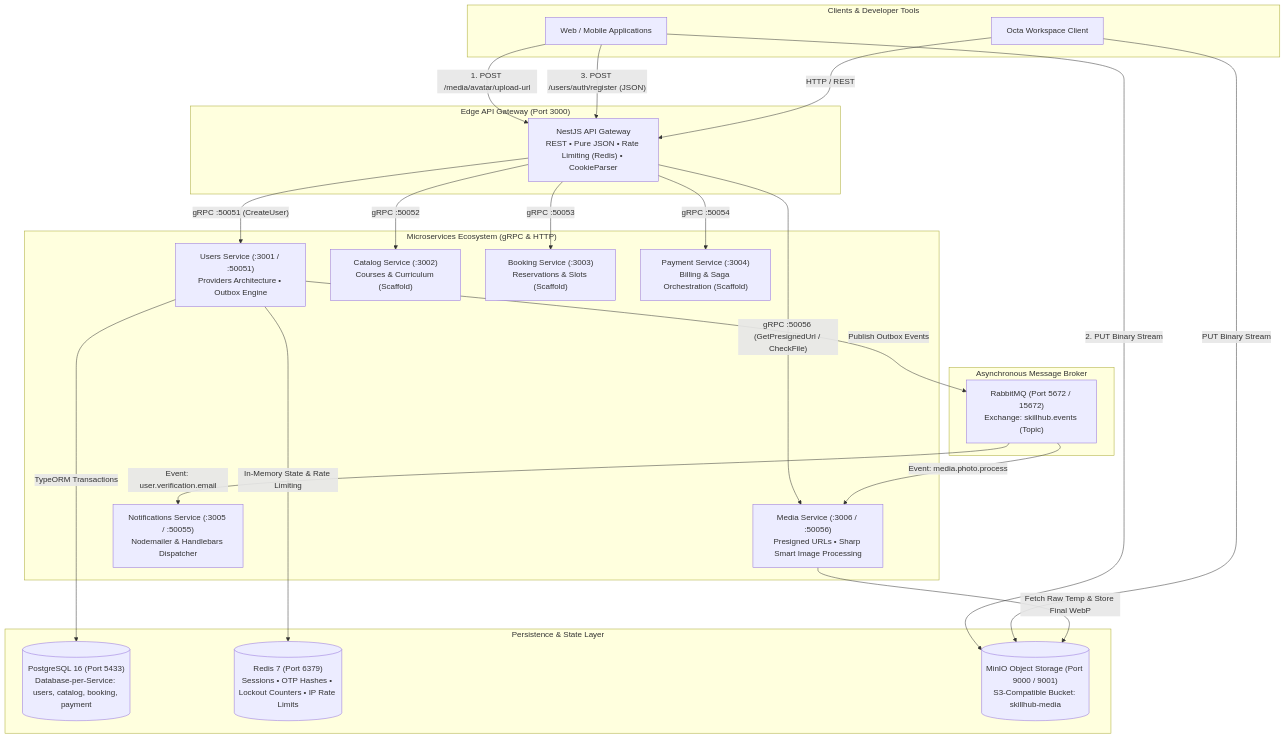
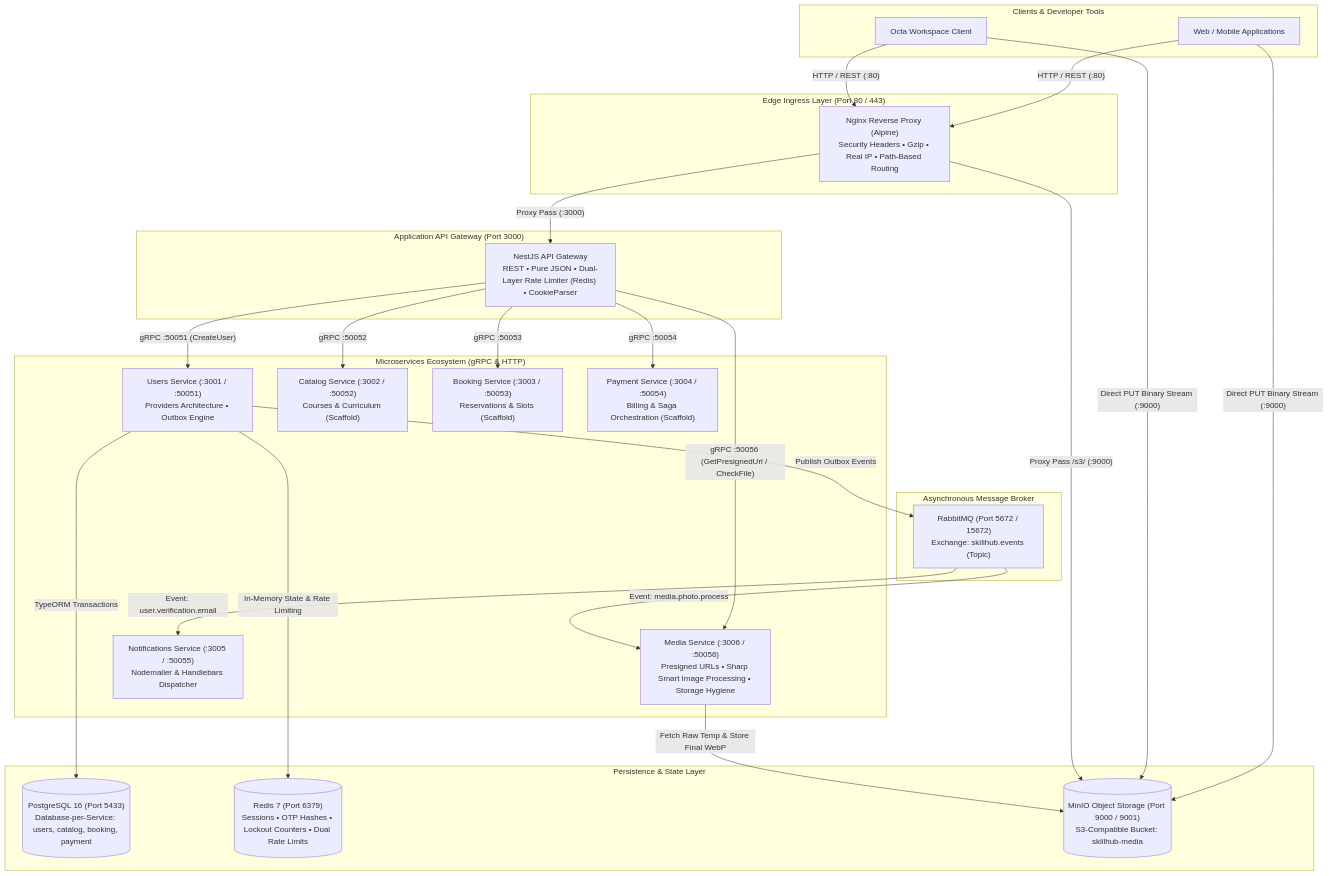
The diagram in README.md (moaazsaadawydev-lab/SkillUp), drawn with Mermaid before and after one commit. The commit also changed other lines of this file and 13 other files, not shown here.

First line of the commit message:
feat(api-gateway, docker): Implement Nginx ingress and dual-layer rate limiting

````diff
--- a/README.md
+++ b/README.md
@@ -29,56 +31,63 @@
 ```mermaid
 flowchart TB
     subgraph ClientLayer ["Clients & Developer Tools"]
         Client["Web / Mobile Applications"]
         Octa["Octa Workspace Client"]
     end
 
-    subgraph GatewayLayer ["Edge API Gateway (Port 3000)"]
-        Gateway["NestJS API Gateway<br/>REST • Pure JSON • Rate Limiting (Redis) • CookieParser"]
+    subgraph EdgeLayer ["Edge Ingress Layer (Port 80 / 443)"]
+        Nginx["Nginx Reverse Proxy (Alpine)<br/>Security Headers • Gzip • Real IP • Path-Based Routing"]
+    end
+
+    subgraph GatewayLayer ["Application API Gateway (Port 3000)"]
+        Gateway["NestJS API Gateway<br/>REST • Pure JSON • Dual-Layer Rate Limiter (Redis) • CookieParser"]
     end
 
     subgraph ServiceLayer ["Microservices Ecosystem (gRPC & HTTP)"]
         UsersSvc["Users Service (:3001 / :50051)<br/>Providers Architecture • Outbox Engine"]
-        MediaSvc["Media Service (:3006 / :50056)<br/>Presigned URLs • Sharp Smart Image Processing"]
+        MediaSvc["Media Service (:3006 / :50056)<br/>Presigned URLs • Sharp Smart Image Processing • Storage Hygiene"]
         NotifSvc["Notifications Service (:3005 / :50055)<br/>Nodemailer & Handlebars Dispatcher"]
-        CatalogSvc["Catalog Service (:3002)<br/>Courses & Curriculum (Scaffold)"]
-        BookingSvc["Booking Service (:3003)<br/>Reservations & Slots (Scaffold)"]
-        PaymentSvc["Payment Service (:3004)<br/>Billing & Saga Orchestration (Scaffold)"]
+        CatalogSvc["Catalog Service (:3002 / :50052)<br/>Courses & Curriculum (Scaffold)"]
+        BookingSvc["Booking Service (:3003 / :50053)<br/>Reservations & Slots (Scaffold)"]
+        PaymentSvc["Payment Service (:3004 / :50054)<br/>Billing & Saga Orchestration (Scaffold)"]
     end
 
     subgraph BrokerLayer ["Asynchronous Message Broker"]
         RabbitMQ["RabbitMQ (Port 5672 / 15672)<br/>Exchange: skillhub.events (Topic)"]
     end
 
     subgraph DataLayer ["Persistence & State Layer"]
         Postgres[("PostgreSQL 16 (Port 5433)<br/>Database-per-Service: users, catalog, booking, payment")]
-        Redis[("Redis 7 (Port 6379)<br/>Sessions • OTP Hashes • Lockout Counters • IP Rate Limits")]
+        Redis[("Redis 7 (Port 6379)<br/>Sessions • OTP Hashes • Lockout Counters • Dual Rate Limits")]
         MinIO[("MinIO Object Storage (Port 9000 / 9001)<br/>S3-Compatible Bucket: skillhub-media")]
     end
 
     %% Client Traffic
-    Client -->|"1. POST /media/avatar/upload-url"| Gateway
-    Client -->|"2. PUT Binary Stream"| MinIO
-    Client -->|"3. POST /users/auth/register (JSON)"| Gateway
-    Octa -->|"HTTP / REST"| Gateway
-    Octa -->|"PUT Binary Stream"| MinIO
+    Client -->|"HTTP / REST (:80)"| Nginx
+    Octa -->|"HTTP / REST (:80)"| Nginx
+    Client -->|"Direct PUT Binary Stream (:9000)"| MinIO
+    Octa -->|"Direct PUT Binary Stream (:9000)"| MinIO
+
+    %% Edge Ingress Routing
+    Nginx -->|"Proxy Pass (:3000)"| Gateway
+    Nginx -->|"Proxy Pass /s3/ (:9000)"| MinIO
 
     %% Gateway Routing
     Gateway -->|"gRPC :50056 (GetPresignedUrl / CheckFile)"| MediaSvc
     Gateway -->|"gRPC :50051 (CreateUser)"| UsersSvc
     Gateway -->|"gRPC :50052"| CatalogSvc
     Gateway -->|"gRPC :50053"| BookingSvc
     Gateway -->|"gRPC :50054"| PaymentSvc
 
     %% Users Service Interactions
     UsersSvc -->|"TypeORM Transactions"| Postgres
     UsersSvc -->|"In-Memory State & Rate Limiting"| Redis
     UsersSvc -->|"Publish Outbox Events"| RabbitMQ
 
     %% Async Consumers
     RabbitMQ -->|"Event: media.photo.process"| MediaSvc
     RabbitMQ -->|"Event: user.verification.email"| NotifSvc
 
     %% Media Processing
     MediaSvc -->|"Fetch Raw Temp & Store Final WebP"| MinIO
 ```
````
